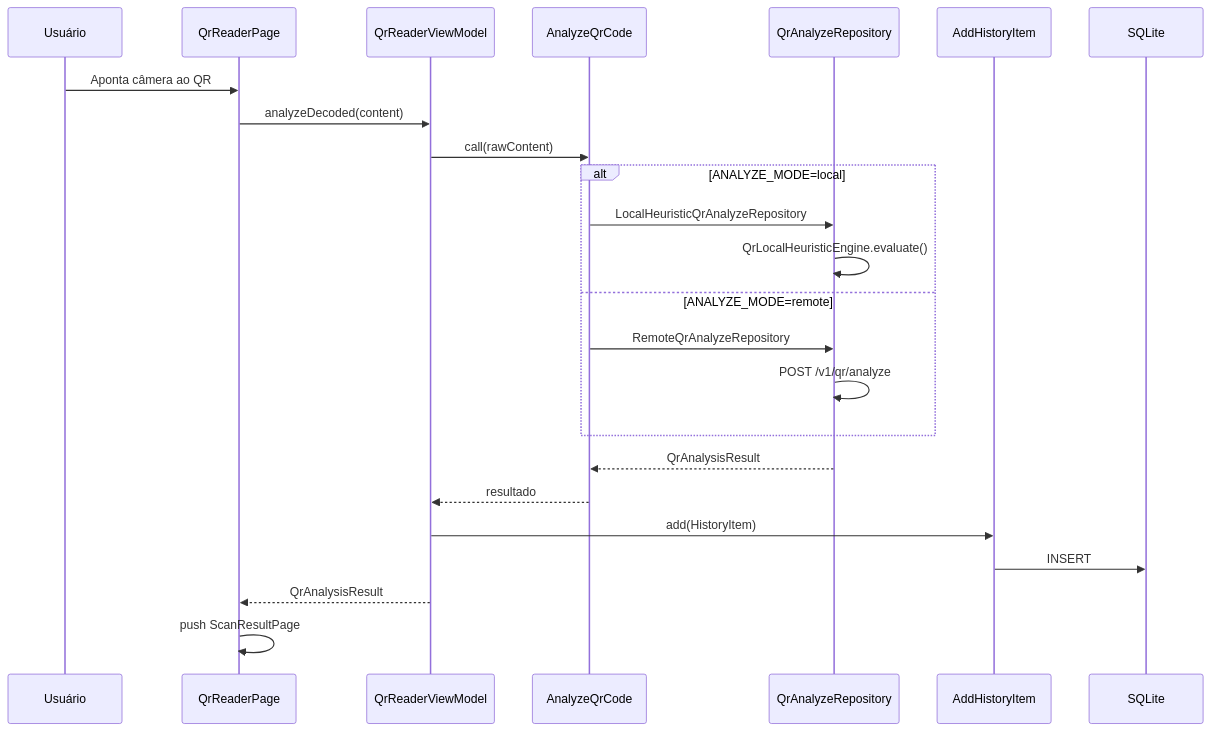
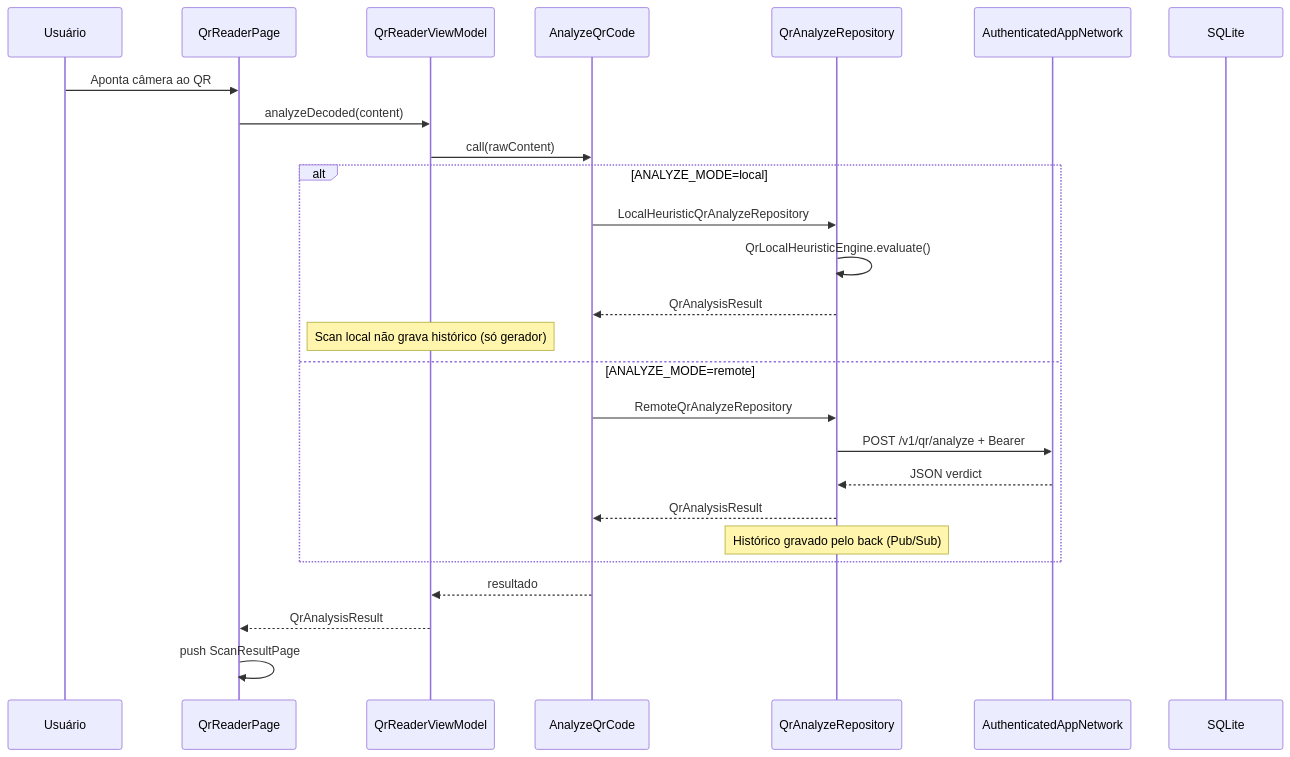
One commit to AndreWar10/SafeQR changed the third of 3 diagrams in safe_qr_app/docs/02-arquitetura.md. Above: the diagram before and after it, drawn with Mermaid. The commit also changed other lines of this file and 25 other files, not shown here.

Commit message:
feat: enhance Safe QR app with Bearer JWT authentication for remote API calls and update documentation for local and remote history management

````diff
--- a/safe_qr_app/docs/02-arquitetura.md
+++ b/safe_qr_app/docs/02-arquitetura.md
@@ -84,27 +84,29 @@
 ```mermaid
 sequenceDiagram
   participant U as Usuário
   participant R as QrReaderPage
   participant VM as QrReaderViewModel
   participant UC as AnalyzeQrCode
   participant Repo as QrAnalyzeRepository
-  participant Hist as AddHistoryItem
+  participant Net as AuthenticatedAppNetwork
   participant DB as SQLite
 
   U->>R: Aponta câmera ao QR
   R->>VM: analyzeDecoded(content)
   VM->>UC: call(rawContent)
   alt ANALYZE_MODE=local
     UC->>Repo: LocalHeuristicQrAnalyzeRepository
     Repo->>Repo: QrLocalHeuristicEngine.evaluate()
+    Repo-->>UC: QrAnalysisResult
+    Note over VM: Scan local não grava histórico (só gerador)
   else ANALYZE_MODE=remote
     UC->>Repo: RemoteQrAnalyzeRepository
-    Repo->>Repo: POST /v1/qr/analyze
+    Repo->>Net: POST /v1/qr/analyze + Bearer
+    Net-->>Repo: JSON verdict
+    Repo-->>UC: QrAnalysisResult
+    Note over Repo: Histórico gravado pelo back (Pub/Sub)
   end
-  Repo-->>UC: QrAnalysisResult
   UC-->>VM: resultado
-  VM->>Hist: add(HistoryItem)
-  Hist->>DB: INSERT
   VM-->>R: QrAnalysisResult
   R->>R: push ScanResultPage
 ```
````
